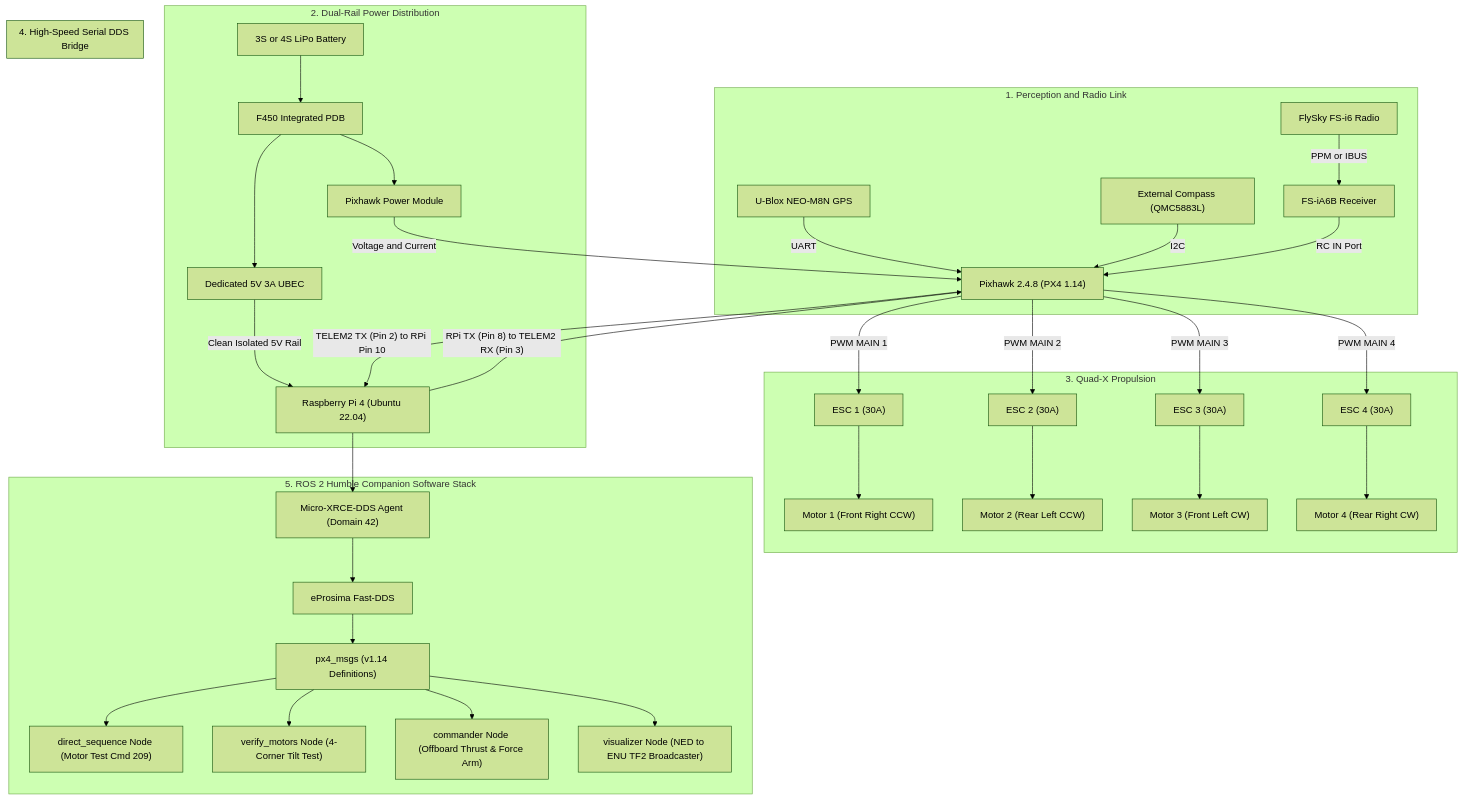
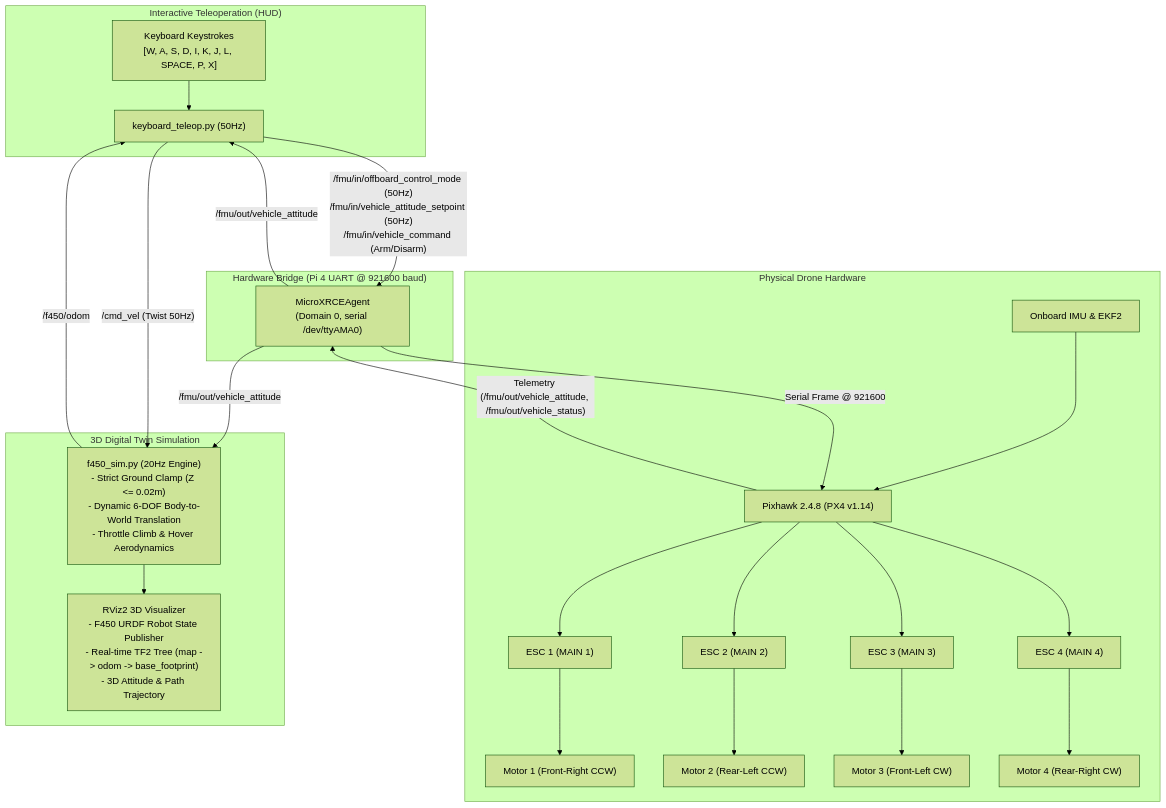
The first of 2 diagrams in README.md (namanharshwal/px-2.4.8_drone_ros2_humble), drawn with Mermaid (forest theme) before and after one commit. The commit also changed other lines of this file, not shown here.

Commit message:
docs(readme): add comprehensive master guide covering 3D simulation, interactive teleop, and synchronized arming

````diff
--- a/README.md
+++ b/README.md
@@ -57,39 +61,36 @@
 ```mermaid
 flowchart TD
-    subgraph SENSORS["1. Perception and Radio Link"]
-        RC["FlySky FS-i6 Radio"] -->|PPM or IBUS| RX["FS-iA6B Receiver"]
-        GPS["U-Blox NEO-M8N GPS"] -->|UART| FC["Pixhawk 2.4.8 (PX4 1.14)"]
-        MAG["External Compass (QMC5883L)"] -->|I2C| FC
-        RX -->|RC IN Port| FC
+    subgraph INPUT["Interactive Teleoperation (HUD)"]
+        KEY["keyboard_teleop.py (50Hz)"]
+        USER["Keyboard Keystrokes\n[W, A, S, D, I, K, J, L, SPACE, P, X]"] --> KEY
     end
 
-    subgraph POWER["2. Dual-Rail Power Distribution"]
-        LIPO["3S or 4S LiPo Battery"] --> PDB["F450 Integrated PDB"]
-        PDB --> PM["Pixhawk Power Module"]
-        PM -->|Voltage and Current| FC
-        PDB --> UBEC["Dedicated 5V 3A UBEC"]
-        UBEC -->|Clean Isolated 5V Rail| RPI["Raspberry Pi 4 (Ubuntu 22.04)"]
+    subgraph HARDWARE["Physical Drone Hardware"]
+        FC["Pixhawk 2.4.8 (PX4 v1.14)"]
+        ESC1["ESC 1 (MAIN 1)"] --> M1["Motor 1 (Front-Right CCW)"]
+        ESC2["ESC 2 (MAIN 2)"] --> M2["Motor 2 (Rear-Left CCW)"]
+        ESC3["ESC 3 (MAIN 3)"] --> M3["Motor 3 (Front-Left CW)"]
+        ESC4["ESC 4 (MAIN 4)"] --> M4["Motor 4 (Rear-Right CW)"]
+        FC --> ESC1 & ESC2 & ESC3 & ESC4
+        IMU["Onboard IMU & EKF2"] --> FC
     end
 
-    subgraph ACTUATORS["3. Quad-X Propulsion"]
-        FC -->|PWM MAIN 1| ESC1["ESC 1 (30A)"] --> M1["Motor 1 (Front Right CCW)"]
-        FC -->|PWM MAIN 2| ESC2["ESC 2 (30A)"] --> M2["Motor 2 (Rear Left CCW)"]
-        FC -->|PWM MAIN 3| ESC3["ESC 3 (30A)"] --> M3["Motor 3 (Front Left CW)"]
-        FC -->|PWM MAIN 4| ESC4["ESC 4 (30A)"] --> M4["Motor 4 (Rear Right CW)"]
+    subgraph BRIDGE["Hardware Bridge (Pi 4 UART @ 921600 baud)"]
+        AGENT["MicroXRCEAgent\n(Domain 0, serial /dev/ttyAMA0)"]
     end
 
-    subgraph SERIAL["4. High-Speed Serial DDS Bridge"]
-        FC -->|"TELEM2 TX (Pin 2) to RPi Pin 10"| RPI
-        RPI -->|"RPi TX (Pin 8) to TELEM2 RX (Pin 3)"| FC
+    subgraph SIMULATION["3D Digital Twin Simulation"]
+        SIM["f450_sim.py (20Hz Engine)\n- Strict Ground Clamp (Z <= 0.02m)\n- Dynamic 6-DOF Body-to-World Translation\n- Throttle Climb & Hover Aerodynamics"]
+        RVIZ["RViz2 3D Visualizer\n- F450 URDF Robot State Publisher\n- Real-time TF2 Tree (map -> odom -> base_footprint)\n- 3D Attitude & Path Trajectory"]
+        SIM --> RVIZ
     end
 
-    subgraph ROS2["5. ROS 2 Humble Companion Software Stack"]
-        RPI --> AGENT["Micro-XRCE-DDS Agent (Domain 42)"]
-        AGENT --> FAST["eProsima Fast-DDS"]
-        FAST --> MSGS["px4_msgs (v1.14 Definitions)"]
-        MSGS --> N1["direct_sequence Node (Motor Test Cmd 209)"]
-        MSGS --> N2["verify_motors Node (4-Corner Tilt Test)"]
-        MSGS --> N3["commander Node (Offboard Thrust & Force Arm)"]
-        MSGS --> N4["visualizer Node (NED to ENU TF2 Broadcaster)"]
-    end
+    KEY -->|"/fmu/in/offboard_control_mode (50Hz)\n/fmu/in/vehicle_attitude_setpoint (50Hz)\n/fmu/in/vehicle_command (Arm/Disarm)"| AGENT
+    AGENT -->|"Serial Frame @ 921600"| FC
+    FC -->|"Telemetry (/fmu/out/vehicle_attitude, /fmu/out/vehicle_status)"| AGENT
+    AGENT -->|"/fmu/out/vehicle_attitude"| KEY
+    AGENT -->|"/fmu/out/vehicle_attitude"| SIM
+
+    KEY -->|"/cmd_vel (Twist 50Hz)"| SIM
+    SIM -->|"/f450/odom"| KEY
 ```
````
